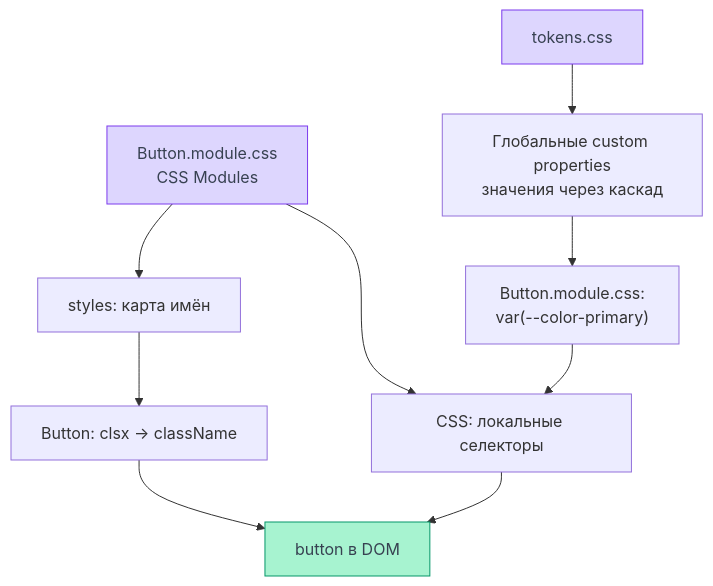
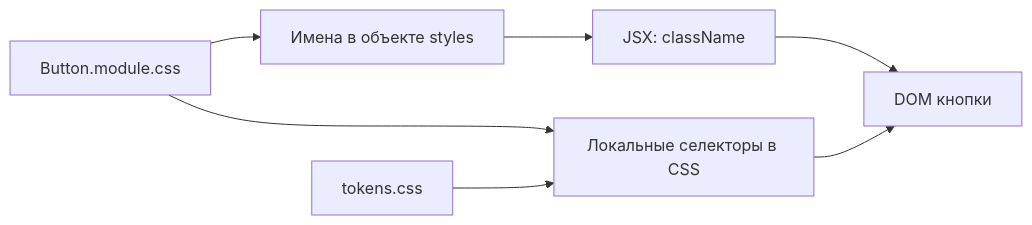
The diagram in site/documentation/frontend/styles.md (Cringe-Driven-Development-Team/docs), drawn with Mermaid before and after one commit. The commit also changed other lines of this file and 9 other files, not shown here.

````diff
--- a/site/documentation/frontend/styles.md
+++ b/site/documentation/frontend/styles.md
@@ -33,16 +19,9 @@
 ```mermaid
-%% Flowchart: локальные имена сходятся в DOM, глобальные токены дают значения через каскад.
-flowchart TD
-    module["Button.module.css<br/>CSS Modules"] --> mapping["styles: карта имён"]
-    module --> selectors["CSS: локальные селекторы"]
-    mapping --> button["Button: clsx → className"]
-    button --> dom["button в DOM"]
-    selectors --> dom
-    tokens["tokens.css"] --> properties["Глобальные custom properties<br/>значения через каскад"]
-    properties --> variables["Button.module.css:<br/>var(--color-primary)"]
-    variables --> selectors
-    classDef source fill:#ddd6fe,stroke:#7c3aed,color:#374151
-    classDef result fill:#a7f3d0,stroke:#059669,color:#374151
-    class module,tokens source
-    class dom result
+flowchart LR
+    css["Button.module.css"] --> names["Имена в объекте styles"]
+    css --> rules["Локальные селекторы в CSS"]
+    names --> button["JSX: className"]
+    button --> dom["DOM кнопки"]
+    rules --> dom
+    tokens["tokens.css"] --> rules
 ```
````
